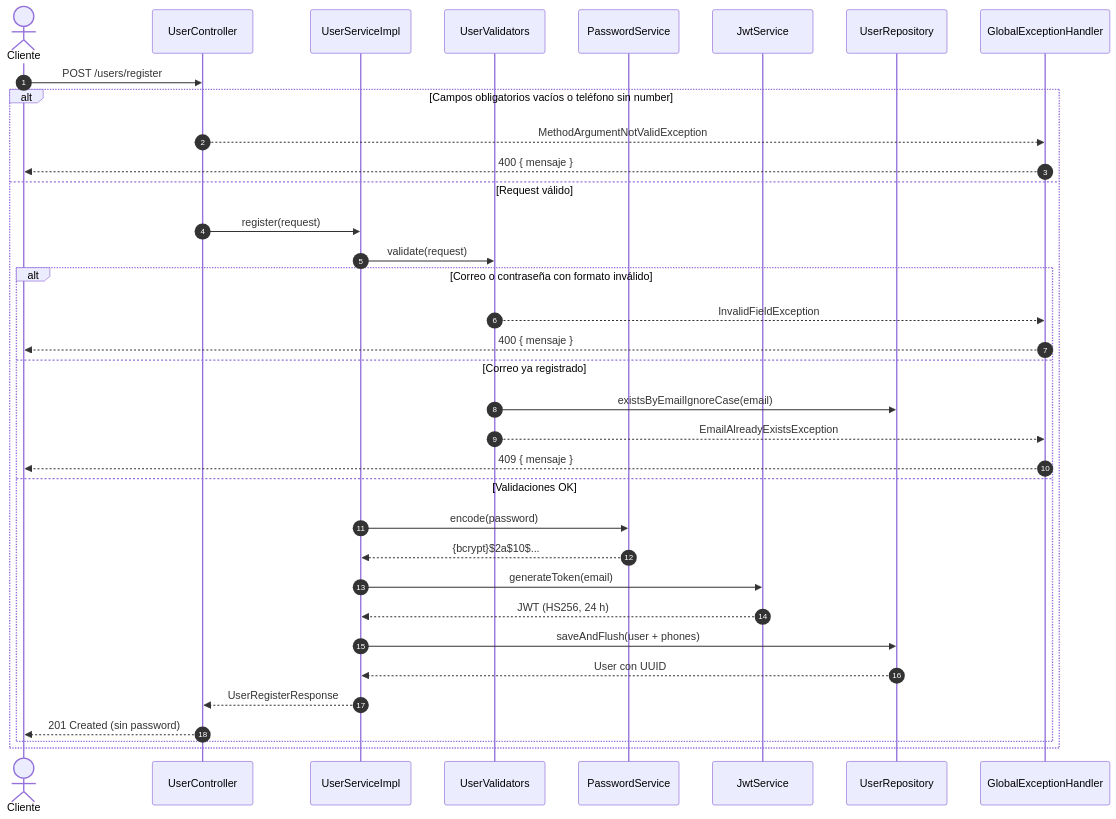
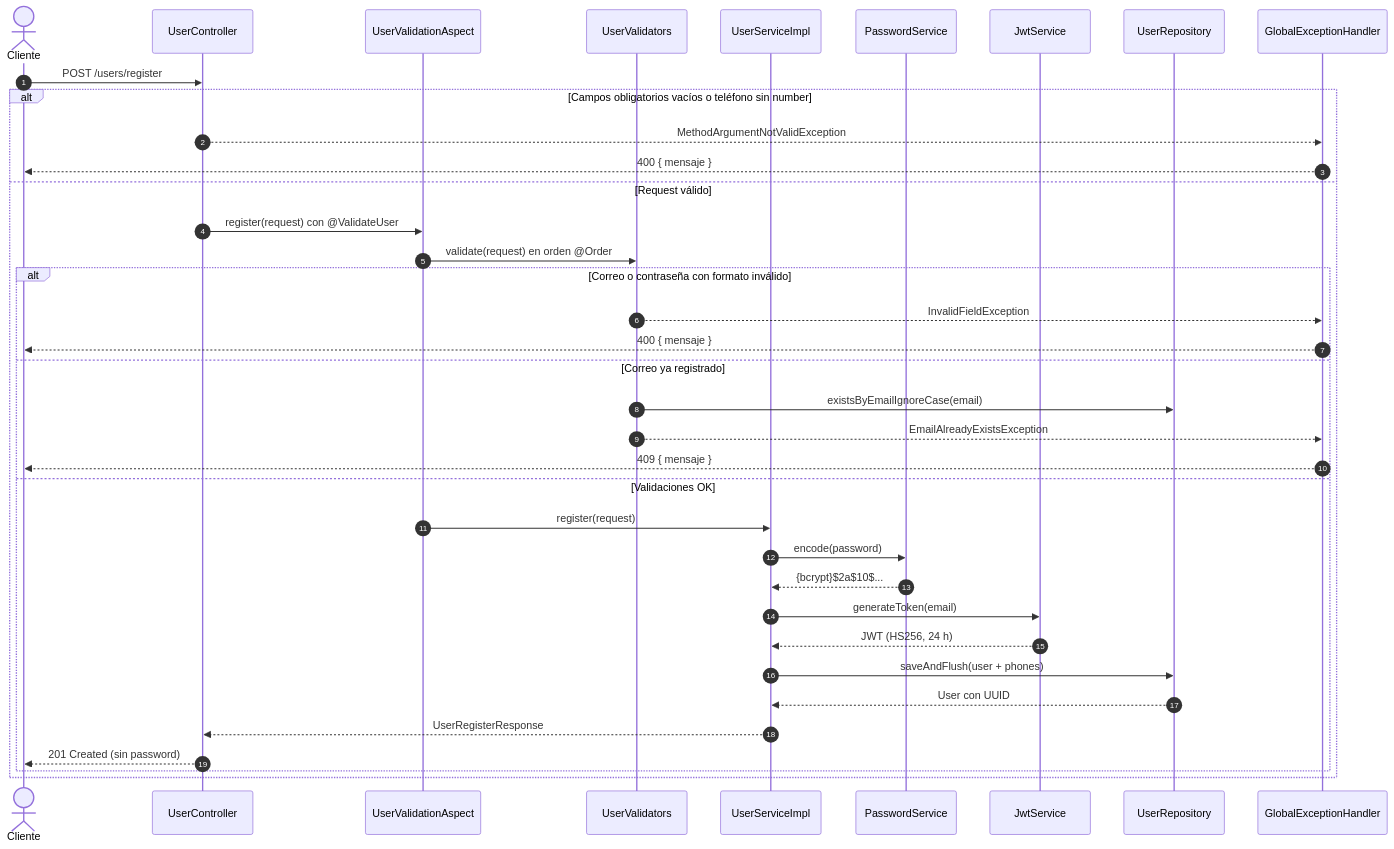
The second of 3 diagrams in README.md (lmartinez63/bci-test), drawn with Mermaid before and after one commit. The commit also changed other lines of this file and 6 other files, not shown here.

````diff
--- a/README.md
+++ b/README.md
@@ -143,38 +145,40 @@
 ```mermaid
 sequenceDiagram
     autonumber
     actor C as Cliente
     participant UC as UserController
+    participant VA as UserValidationAspect
+    participant V as UserValidators
     participant US as UserServiceImpl
-    participant V as UserValidators
     participant PS as PasswordService
     participant JS as JwtService
     participant R as UserRepository
     participant GH as GlobalExceptionHandler
 
     C->>UC: POST /users/register
     alt Campos obligatorios vacíos o teléfono sin number
         UC-->>GH: MethodArgumentNotValidException
         GH-->>C: 400 { mensaje }
     else Request válido
-        UC->>US: register(request)
-        US->>V: validate(request)
+        UC->>VA: register(request) con @ValidateUser
+        VA->>V: validate(request) en orden @Order
         alt Correo o contraseña con formato inválido
             V-->>GH: InvalidFieldException
             GH-->>C: 400 { mensaje }
         else Correo ya registrado
             V->>R: existsByEmailIgnoreCase(email)
             V-->>GH: EmailAlreadyExistsException
             GH-->>C: 409 { mensaje }
         else Validaciones OK
+            VA->>US: register(request)
             US->>PS: encode(password)
             PS-->>US: {bcrypt}$2a$10$...
             US->>JS: generateToken(email)
             JS-->>US: JWT (HS256, 24 h)
             US->>R: saveAndFlush(user + phones)
             R-->>US: User con UUID
             US-->>UC: UserRegisterResponse
             UC-->>C: 201 Created (sin password)
         end
     end
 ```
````
